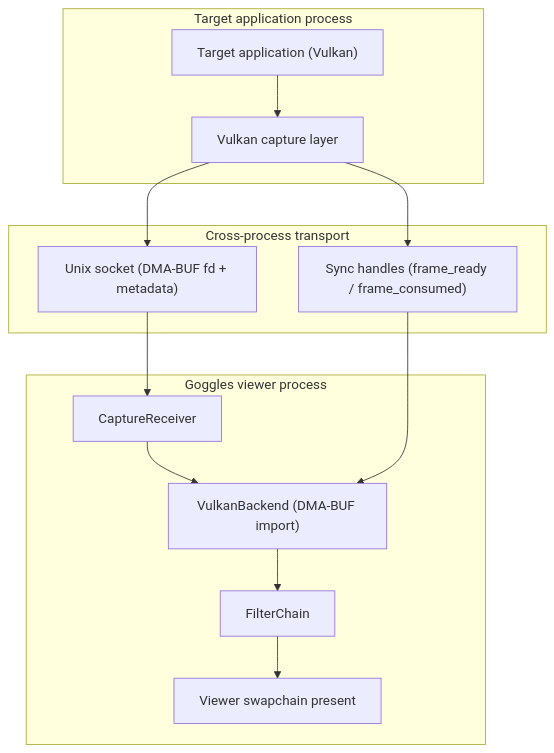
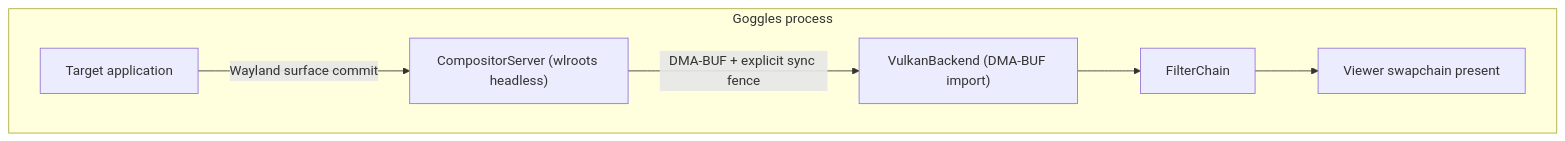
One commit to K1ngst0m/Goggles changed the first of 2 diagrams in docs/dmabuf_sharing.md. Above: the diagram before and after it, drawn with Mermaid. The commit also changed other lines of this file and 72 other files, not shown here.

First line of the commit message:
refactor(capture): drop vk layer capture in favor of compositor

````diff
--- a/docs/dmabuf_sharing.md
+++ b/docs/dmabuf_sharing.md
@@ -16,26 +16,14 @@
 ```mermaid
 flowchart TB
-  %% Frame transport only (input forwarding is covered in docs/input_forwarding.md).
-
-  subgraph AppProc["Target application process"]
-    App["Target application (Vulkan)"]
-    Layer["Vulkan capture layer"]
-    App --> Layer
-  end
-
-  subgraph IPC["Cross-process transport"]
-    Socket["Unix socket (DMA-BUF fd + metadata)"]
-    Sync["Sync handles (frame_ready / frame_consumed)"]
-  end
-
-  subgraph Goggles["Goggles viewer process"]
-    Receiver["CaptureReceiver"]
+  subgraph Goggles["Goggles process"]
+    App["Target application"]
+    Compositor["CompositorServer (wlroots headless)"]
     Backend["VulkanBackend (DMA-BUF import)"]
     Chain["FilterChain"]
     Present["Viewer swapchain present"]
-    Receiver --> Backend --> Chain --> Present
+
+    App -->|"Wayland surface commit"| Compositor
+    Compositor -->|"DMA-BUF + explicit sync fence"| Backend
+    Backend --> Chain --> Present
   end
-
-  Layer --> Socket --> Receiver
-  Layer --> Sync --> Backend
 ```
````
